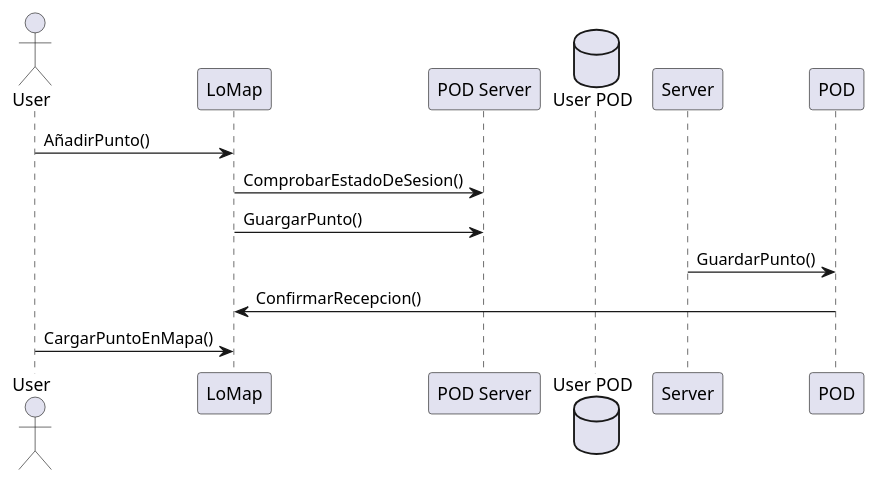
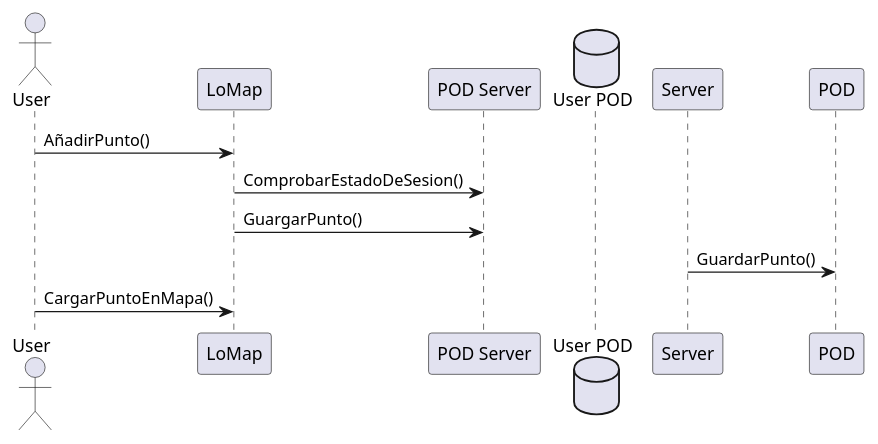
One commit to Arquisoft/lomap_es4c changed the sixth of 10 diagrams in docs/06_runtime_view.adoc. Above: the diagram before and after it, drawn with PlantUML. The commit also changed other lines of this file, not shown here.

```diff
--- a/docs/06_runtime_view.adoc
+++ b/docs/06_runtime_view.adoc
@@ -127,14 +124,13 @@
 [plantuml,"Añadir punto lvl2",png]
 ----
 actor "User" as user
 participant "LoMap" as LoMap
 Participant "POD Server" as server
 database "User POD" as pod
 
 user->LoMap: AñadirPunto()
 LoMap->server: ComprobarEstadoDeSesion()
 LoMap->server: GuargarPunto()
 Server->POD: GuardarPunto()
-POD->LoMap: ConfirmarRecepcion()
 LoMap<-user: CargarPuntoEnMapa()
 ----
```
